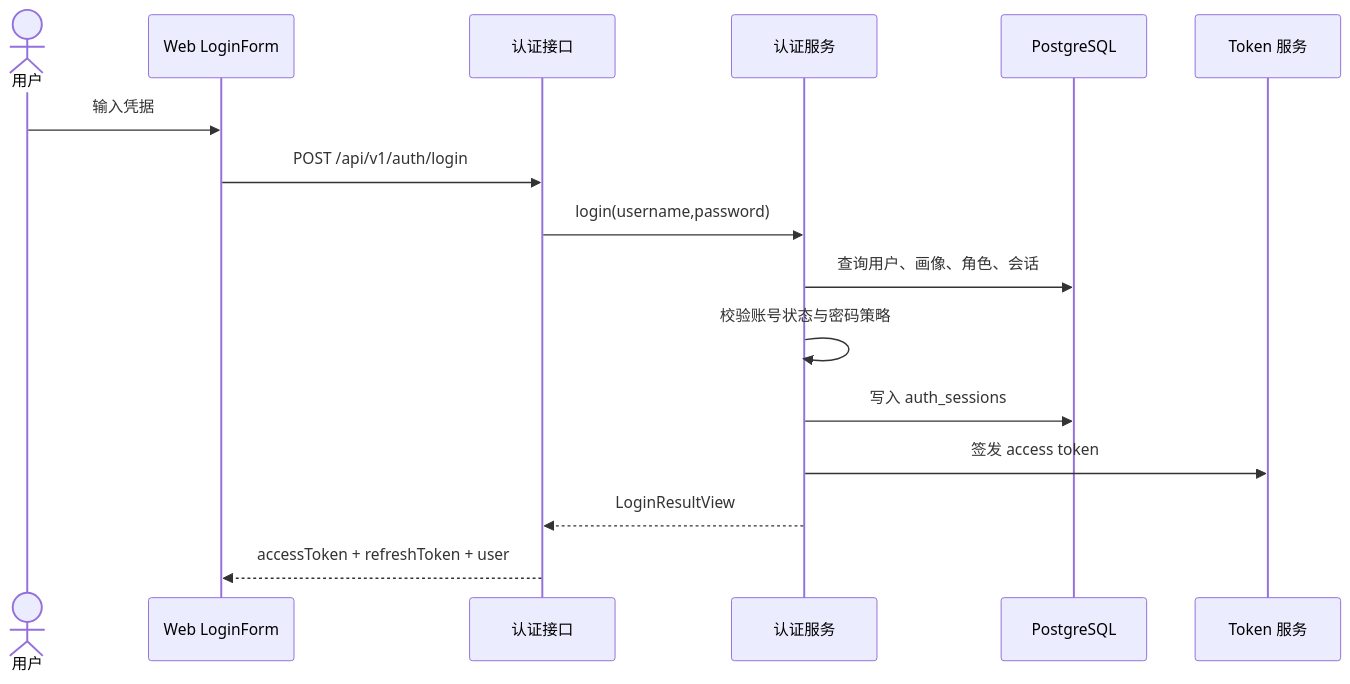
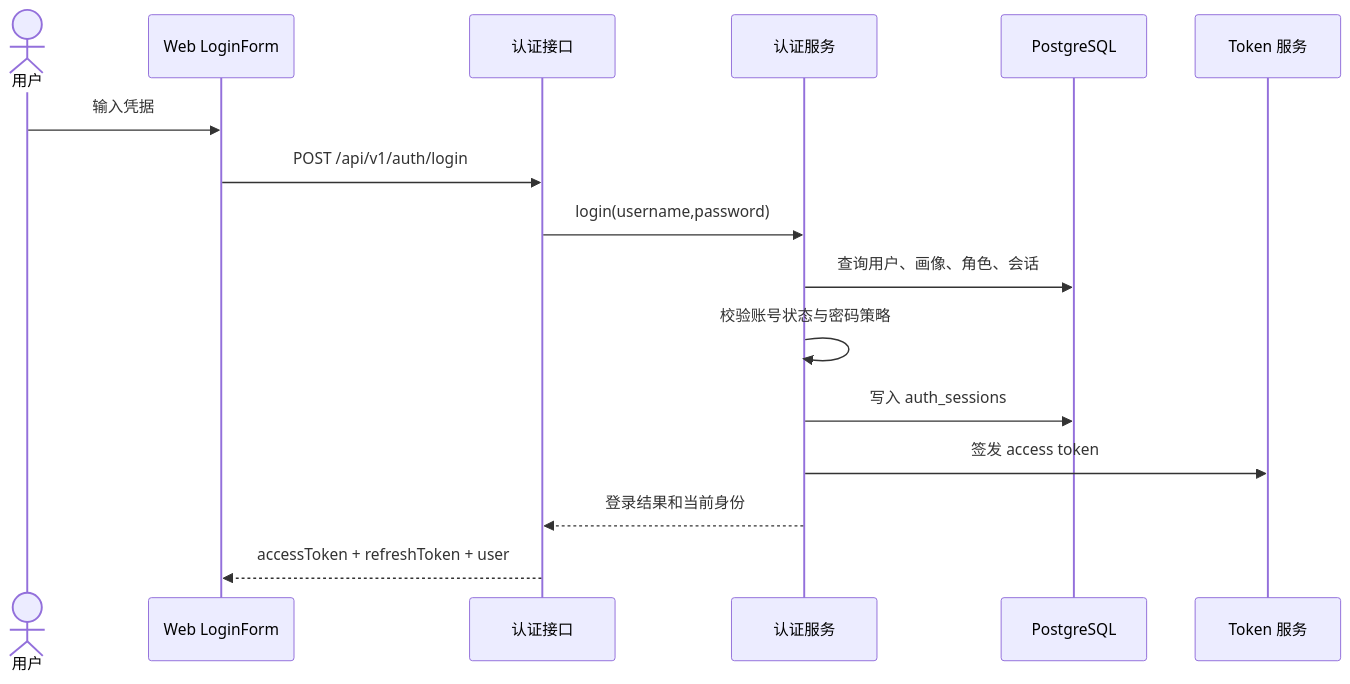
Before and after one commit to BUAA-SEProject/docs: the fourth of 36 diagrams in 02-process-docs/detailed-design.md, drawn with Mermaid. The commit also changed other lines of this file and 3 other files, not shown here.

````diff
--- a/02-process-docs/detailed-design.md
+++ b/02-process-docs/detailed-design.md
@@ -175,19 +175,19 @@
 ```mermaid
 sequenceDiagram
   actor U as 用户
   participant W as Web LoginForm
   participant A as 认证接口
   participant S as 认证服务
   participant DB as PostgreSQL
   participant JWT as Token 服务
 
   U->>W: 输入凭据
   W->>A: POST /api/v1/auth/login
   A->>S: login(username,password)
   S->>DB: 查询用户、画像、角色、会话
   S->>S: 校验账号状态与密码策略
   S->>DB: 写入 auth_sessions
   S->>JWT: 签发 access token
-  S-->>A: LoginResultView
+  S-->>A: 登录结果和当前身份
   A-->>W: accessToken + refreshToken + user
 ```
````
